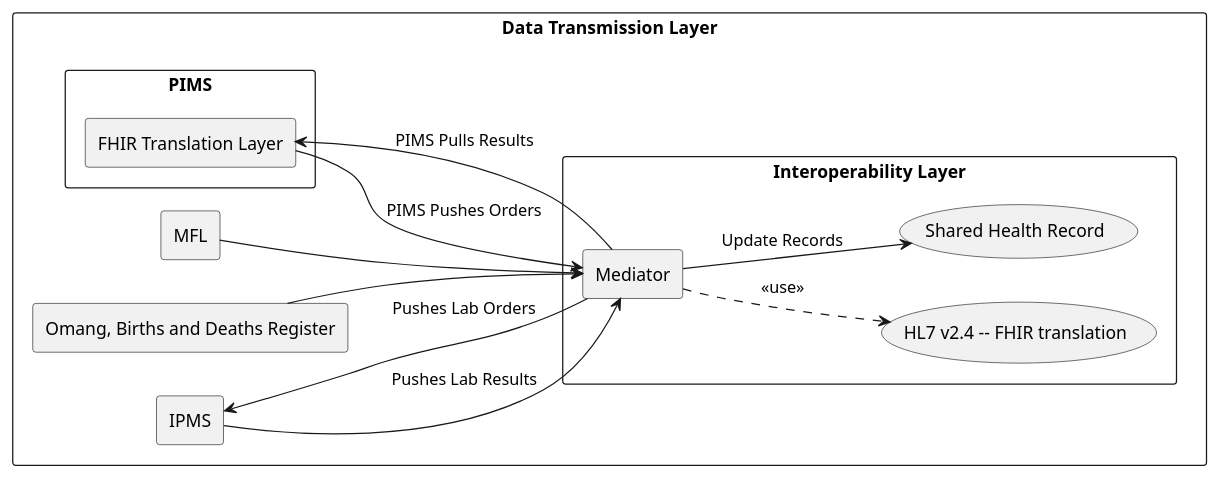
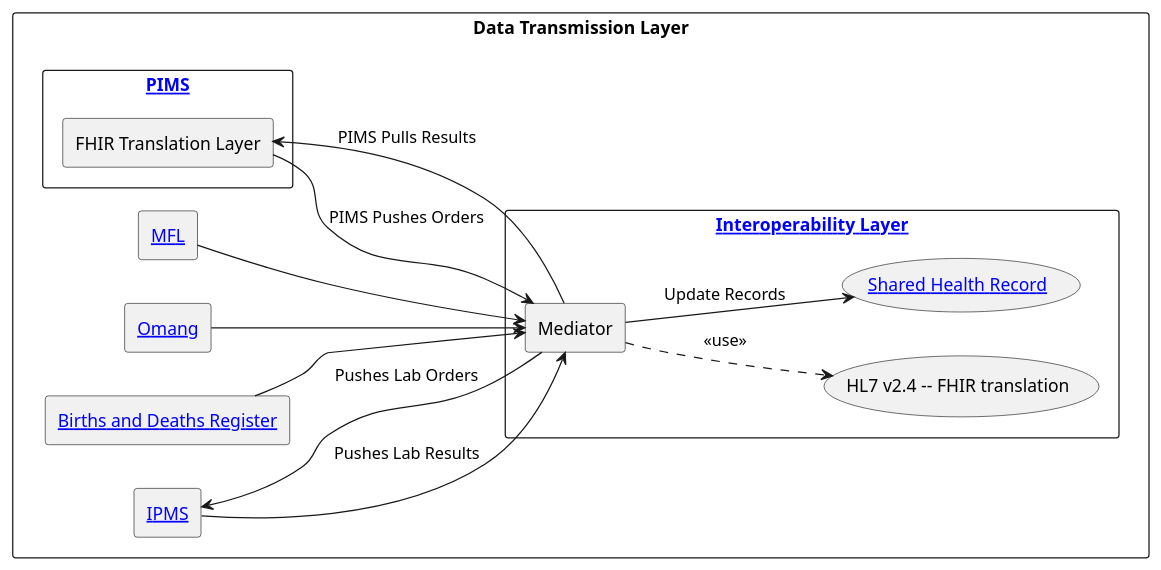
Before and after one commit to jembi/botswana-hie-fhir-ig: the diagram in input/images-source/dataTransmissionLayer.plantuml, drawn with PlantUML. The commit also changed 6 other files, not shown here.

```diff
--- a/input/images-source/dataTransmissionLayer.plantuml
+++ b/input/images-source/dataTransmissionLayer.plantuml
@@ -1,31 +1,33 @@
 @startuml DataTransmissionLayer
 left to right direction
 
 rectangle "Data Transmission Layer" as dataTransmissionLayer {
-  rectangle MFL
-  rectangle "Omang, Births and Deaths Register" as Omang
-  rectangle PIMS {
+  rectangle "[[ActorDefinition-MFLActorDefinitionExample.html MFL]]" as MFL
+  rectangle "[[ActorDefinition-OmangActorDefinitionExample.html Omang]]" as Omang
+  rectangle "[[ActorDefinition-BDRSActorDefinitionExample.html Births and Deaths Register]]" as BDRS
+  rectangle "[[ActorDefinition-PIMSActorDefinitionExample.html PIMS]]" as PIMS {
     rectangle "FHIR Translation Layer" as translationLayer
   }
 
-  rectangle "Interoperability Layer" as OpenHIM {
+  rectangle "[[ActorDefinition-InteroperabilityLayerActorDefinitionExample.html Interoperability Layer]]" as OpenHIM {
     usecase "HL7 v2.4 -- FHIR translation" as OHIM1
-    usecase "Shared Health Record" as OHIM2
+    usecase "[[ActorDefinition-SHRActorDefinitionExample.html Shared Health Record]]" as OHIM2
     rectangle "Mediator" as Mediator
     Mediator ..> OHIM1 : "<<use>>"
     Mediator --> OHIM2 : "Update Records"
   }
   
-  rectangle IPMS
+  rectangle "[[ActorDefinition-IPMSActorDefinitionExample.html IPMS]]" as IPMS
 
   MFL --> Mediator
   Omang --> Mediator
+  BDRS --> Mediator
 
   translationLayer --> Mediator : "PIMS Pushes Orders"
   Mediator --> translationLayer : "PIMS Pulls Results"
 
   IPMS --> Mediator : "Pushes Lab Results"
   Mediator --> IPMS : "Pushes Lab Orders"
 }
 
 @enduml
```
